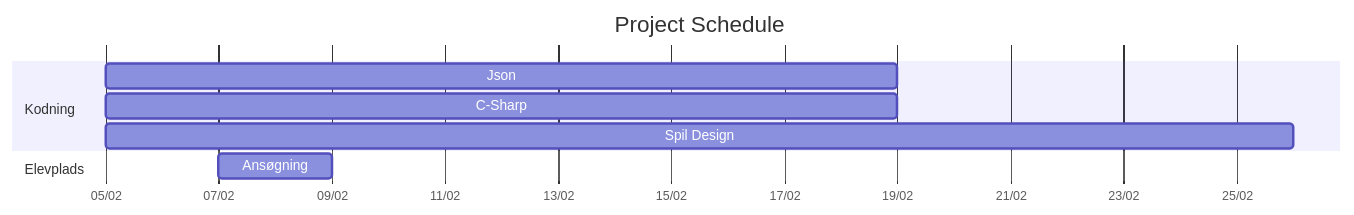
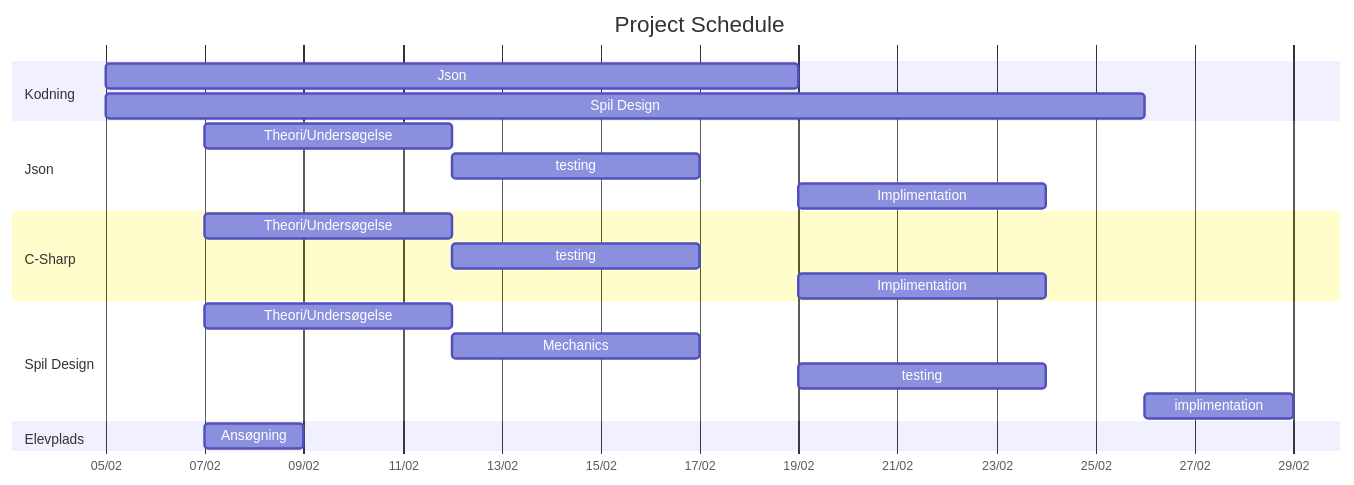
The diagram in README.md (Napow-git/TEC-P1), drawn with Mermaid before and after one commit. The commit also changed other lines of this file, not shown here.

````diff
--- a/README.md
+++ b/README.md
@@ -3,27 +3,52 @@
 ```mermaid
 
 gantt
 
     title Project Schedule
 
     dateFormat DD-MM-YYYY
 
     axisFormat %d/%m
 
  
 
     section Kodning
 
     Json: 05-02-2024, 14d
 
-    C-Sharp : 05-02-2024, 14d
-
     Spil Design : 05-02-2024, 21d
 
- 
+    section Json
+
+    Theori/Undersøgelse: 07-02-2024, 5d
+
+    testing: 12-02-2024, 5d
+
+    Implimentation: 19-02-2024, 5d
+
+    
+
+    section C-Sharp
+
+    Theori/Undersøgelse: 07-02-2024, 5d
+
+    testing: 12-02-2024, 5d
+
+    Implimentation: 19-02-2024, 5d
+
+
+    section Spil Design
+
+    Theori/Undersøgelse: 07-02-2024, 5d
+
+    Mechanics: 12-02-2024, 5d
+
+    testing: 19-02-2024, 5d
+
+    implimentation: 26-02-2024, 3d
 
     section Elevplads
 
     Ansøgning : 07-02-2024, 2d
 
 ```
````
